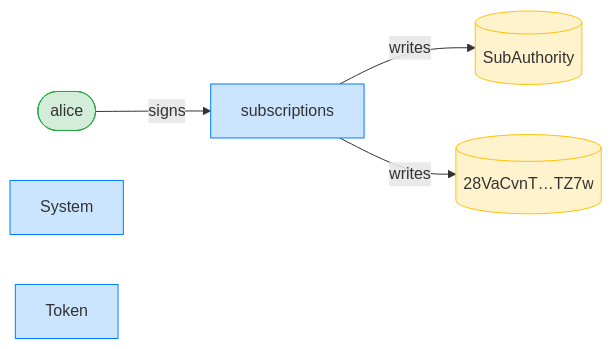
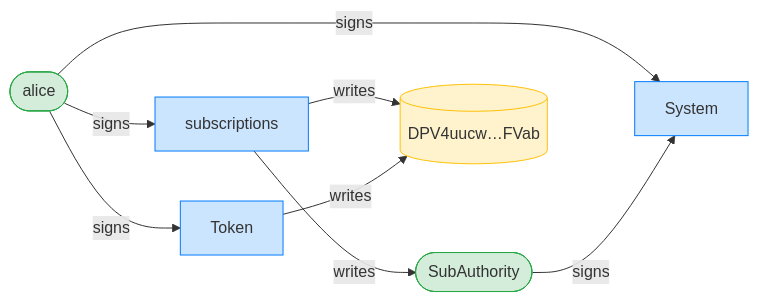
Before and after one commit to cds-rs/subscriptions: the third of 4 diagrams in dsl_tests/reject-a-recurring-delegation-whose-period-exceeds-the-maximum.md, drawn with Mermaid. The commit also changed other lines of this file and 224 other files, not shown here.

````diff
--- a/dsl_tests/reject-a-recurring-delegation-whose-period-exceeds-the-maximum.md
+++ b/dsl_tests/reject-a-recurring-delegation-whose-period-exceeds-the-maximum.md
@@ -55,15 +56,19 @@
 ```mermaid
 flowchart LR
     classDef signer fill:#d4edda,stroke:#28a745;
     classDef program fill:#cce5ff,stroke:#007bff;
     classDef writable fill:#fff3cd,stroke:#ffc107;
     subscriptions[subscriptions]:::program
     alice([alice]):::signer
-    SubAuthority[(SubAuthority)]:::writable
-    28VaCvnT_TZ7w[("28VaCvnT…TZ7w")]:::writable
+    SubAuthority([SubAuthority]):::signer
+    DPV4uucw_FVab[("DPV4uucw…FVab")]:::writable
     System[System]:::program
     Token[Token]:::program
     alice -->|signs| subscriptions
+    alice -->|signs| System
+    SubAuthority -->|signs| System
+    alice -->|signs| Token
     subscriptions -->|writes| SubAuthority
-    subscriptions -->|writes| 28VaCvnT_TZ7w
+    subscriptions -->|writes| DPV4uucw_FVab
+    Token -->|writes| DPV4uucw_FVab
 ```
````
